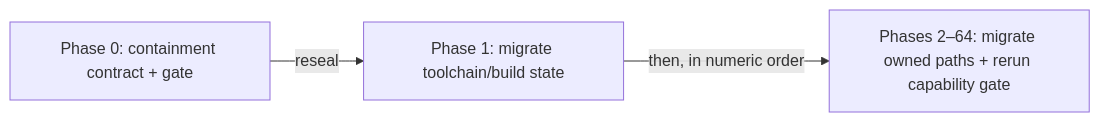
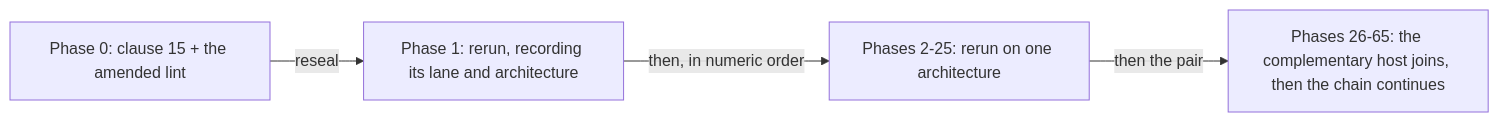
One commit to Tuee22/amoebius changed the diagram in DEVELOPMENT_PLAN/README.md. Above: the diagram before and after it, drawn with Mermaid. The commit also changed other lines of this file and 179 other files, not shown here.

````diff
--- a/DEVELOPMENT_PLAN/README.md
+++ b/DEVELOPMENT_PLAN/README.md
@@ -156,6 +168,7 @@
 ```mermaid
 flowchart LR
   %% register: orientation
-  p0["Phase 0: containment contract + gate"] -->|"reseal"| p1["Phase 1: migrate toolchain/build state"]
-  p1 -->|"then, in numeric order"| live["Phases 2–64: migrate owned paths + rerun capability gate"]
+  p0["Phase 0: clause 15 + the amended lint"] -->|"reseal"| p1["Phase 1: rerun, recording its lane and architecture"]
+  p1 -->|"then, in numeric order"| live["Phases 2-25: rerun on one architecture"]
+  live -->|"then the pair"| pair["Phases 26-65: the complementary host joins, then the chain continues"]
 ```
````
